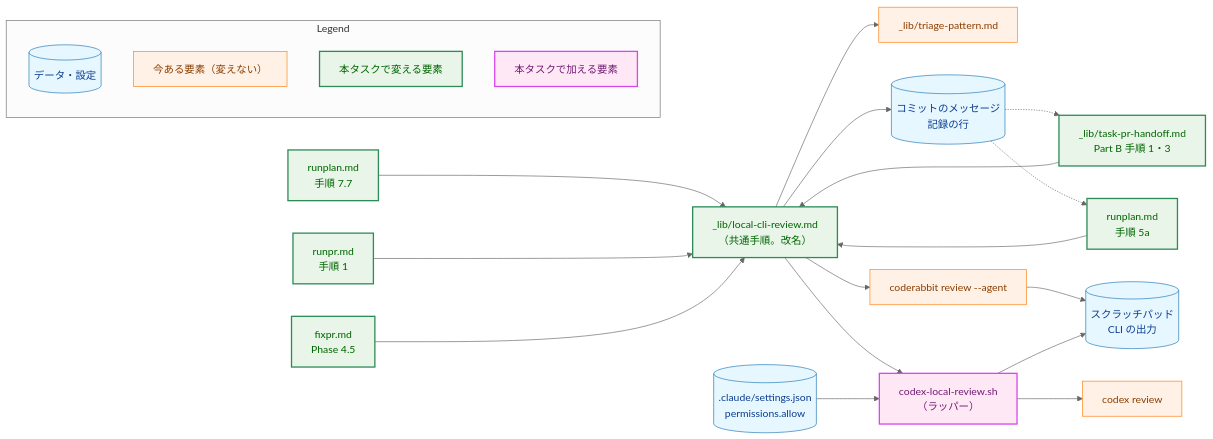
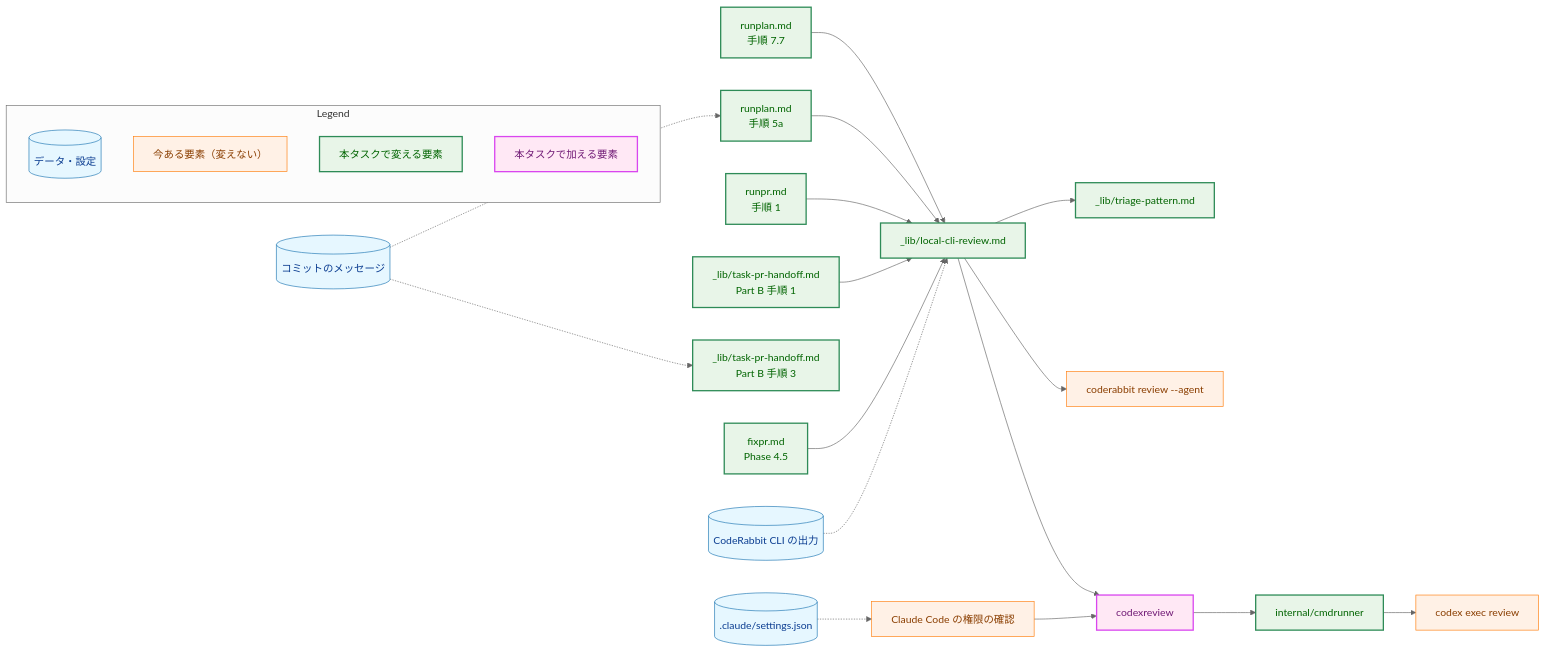
Before and after one commit to isseis/yt2column: the second of 5 diagrams in docs/tasks/0049_codex_local_review/02_architecture.md, drawn with Mermaid (neutral theme). The commit also changed other lines of this file and 2 other files, not shown here.

````diff
--- a/docs/tasks/0049_codex_local_review/02_architecture.md
+++ b/docs/tasks/0049_codex_local_review/02_architecture.md
@@ -128,53 +132,56 @@
 ```mermaid
 flowchart LR
     classDef data fill:#e6f7ff,stroke:#1f77b4,stroke-width:1px,color:#0b3d91;
     classDef process fill:#fff1e6,stroke:#ff7f0e,stroke-width:1px,color:#8a3e00;
     classDef enhanced fill:#e8f5e8,stroke:#2e8b57,stroke-width:2px,color:#006400;
     classDef newpkg fill:#ffe8f5,stroke:#d946ef,stroke-width:2px,color:#701a75;
 
     RUNPLAN77["runplan.md<br>手順 7.7"]
     RUNPLAN5A["runplan.md<br>手順 5a"]
     RUNPR1["runpr.md<br>手順 1"]
-    HANDOFF["_lib/task-pr-handoff.md<br>Part B 手順 1・3"]
+    HANDOFF1["_lib/task-pr-handoff.md<br>Part B 手順 1"]
+    HANDOFF3["_lib/task-pr-handoff.md<br>Part B 手順 3"]
     FIXPR45["fixpr.md<br>Phase 4.5"]
-    LCR["_lib/local-cli-review.md<br>（共通手順。改名）"]
+    LCR["_lib/local-cli-review.md"]
     TRIAGE["_lib/triage-pattern.md"]
     CRCLI["coderabbit review --agent"]
-    WRAP["codex-local-review.sh<br>（ラッパー）"]
-    CXCLI["codex review"]
-    SETTINGS[(".claude/settings.json<br>permissions.allow")]
-    OUT[("スクラッチパッド<br>CLI の出力")]
-    MSG[("コミットのメッセージ<br>記録の行")]
+    TOOL["codexreview"]
+    RUNNER["internal/cmdrunner"]
+    CXCLI["codex exec review"]
+    SETTINGS[(".claude/settings.json")]
+    PERM["Claude Code の権限の確認"]
+    CROUT[("CodeRabbit CLI の出力")]
+    MSG[("コミットのメッセージ")]
 
     RUNPLAN77 --> LCR
     RUNPLAN5A --> LCR
     RUNPR1 --> LCR
-    HANDOFF --> LCR
+    HANDOFF1 --> LCR
     FIXPR45 --> LCR
     LCR --> TRIAGE
     LCR --> CRCLI
-    LCR --> WRAP
-    WRAP --> CXCLI
-    SETTINGS --> WRAP
-    CRCLI --> OUT
-    WRAP --> OUT
-    LCR --> MSG
+    LCR --> TOOL
+    TOOL --> RUNNER
+    RUNNER --> CXCLI
+    CROUT -.-> LCR
+    SETTINGS -.-> PERM
+    PERM --> TOOL
     MSG -.-> RUNPLAN5A
-    MSG -.-> HANDOFF
+    MSG -.-> HANDOFF3
 
-    class SETTINGS,OUT,MSG data
-    class TRIAGE,CRCLI,CXCLI process
-    class RUNPLAN77,RUNPLAN5A,RUNPR1,HANDOFF,FIXPR45,LCR enhanced
-    class WRAP newpkg
+    class SETTINGS,CROUT,MSG data
+    class CRCLI,CXCLI,PERM process
+    class RUNPLAN77,RUNPLAN5A,RUNPR1,HANDOFF1,HANDOFF3,FIXPR45,LCR,TRIAGE,RUNNER enhanced
+    class TOOL newpkg
 
     subgraph Legend["Legend"]
         L1[("データ・設定")]
         L2["今ある要素（変えない）"]
         L3["本タスクで変える要素"]
         L4["本タスクで加える要素"]
     end
     class L1 data
     class L2 process
     class L3 enhanced
     class L4 newpkg
 ```
````
